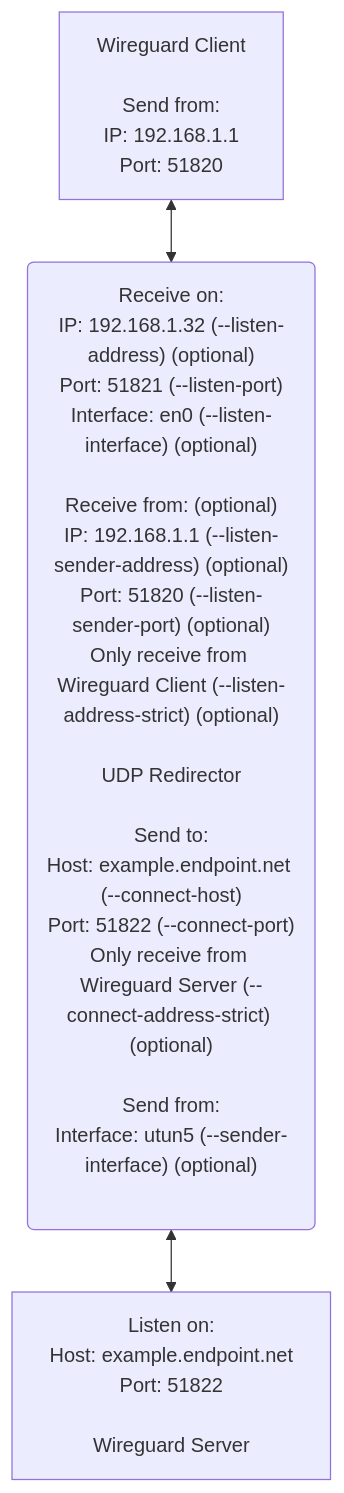
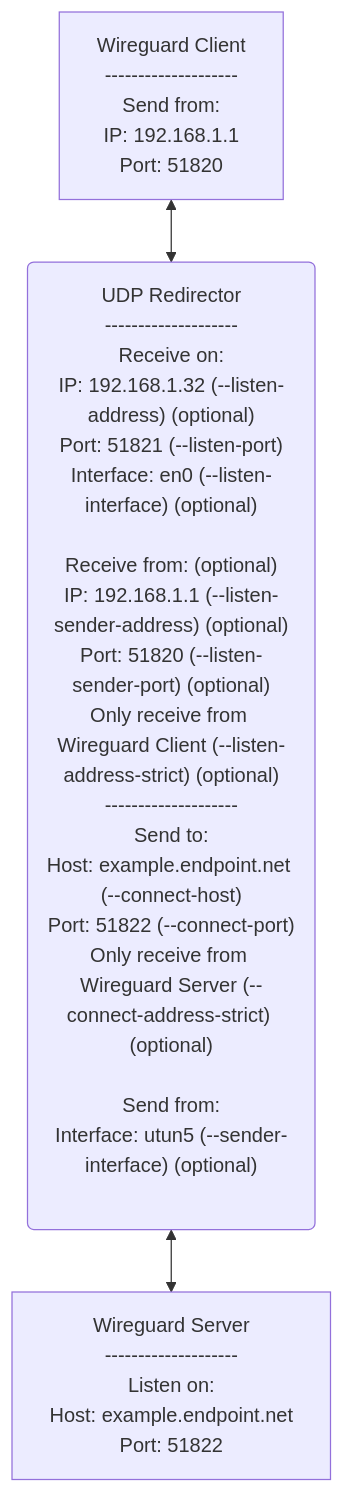
The diagram in README.md (danpodeanu/udp-redirect), drawn with Mermaid before and after one commit.

Commit message:
Improve README.md example clarity

````diff
--- a/README.md
+++ b/README.md
@@ -42,5 +42,5 @@
 ```mermaid
 graph TD
-    A["Wireguard Client <br/><br/>Send from:<br/>IP: 192.168.1.1<br/>Port: 51820"] <--> B("Receive on:<br/>IP: 192.168.1.32 (--listen-address) (optional)<br/>Port: 51821 (--listen-port)<br/>Interface: en0 (--listen-interface) (optional)<br/><br/>Receive from: (optional)<br/>IP: 192.168.1.1 (--listen-sender-address) (optional)<br/>Port: 51820 (--listen-sender-port) (optional)<br/>Only receive from Wireguard Client (--listen-address-strict) (optional)<br/><br/>UDP Redirector<br/><br/>Send to:<br/>Host: example.endpoint.net (--connect-host)</br>Port: 51822 (--connect-port)<br/>Only receive from Wireguard Server (--connect-address-strict) (optional)<br/><br/>Send from:<br/>Interface: utun5 (--sender-interface) (optional)<br/><br/>")
-    B <--> C["Listen on:<br/>Host: example.endpoint.net<br/>Port: 51822<br/><br/>Wireguard Server"]
+    A["Wireguard Client<br/>--------------------<br/>Send from:<br/>IP: 192.168.1.1<br/>Port: 51820"] <--> B("UDP Redirector<br/>--------------------<br/>Receive on:<br/>IP: 192.168.1.32 (--listen-address) (optional)<br/>Port: 51821 (--listen-port)<br/>Interface: en0 (--listen-interface) (optional)<br/><br/>Receive from: (optional)<br/>IP: 192.168.1.1 (--listen-sender-address) (optional)<br/>Port: 51820 (--listen-sender-port) (optional)<br/>Only receive from Wireguard Client (--listen-address-strict) (optional)<br/>--------------------<br/>Send to:<br/>Host: example.endpoint.net (--connect-host)</br>Port: 51822 (--connect-port)<br/>Only receive from Wireguard Server (--connect-address-strict) (optional)<br/><br/>Send from:<br/>Interface: utun5 (--sender-interface) (optional)<br/><br/>")
+    B <--> C["Wireguard Server<br/>--------------------<br/>Listen on:<br/>Host: example.endpoint.net<br/>Port: 51822"]
 ```
````
